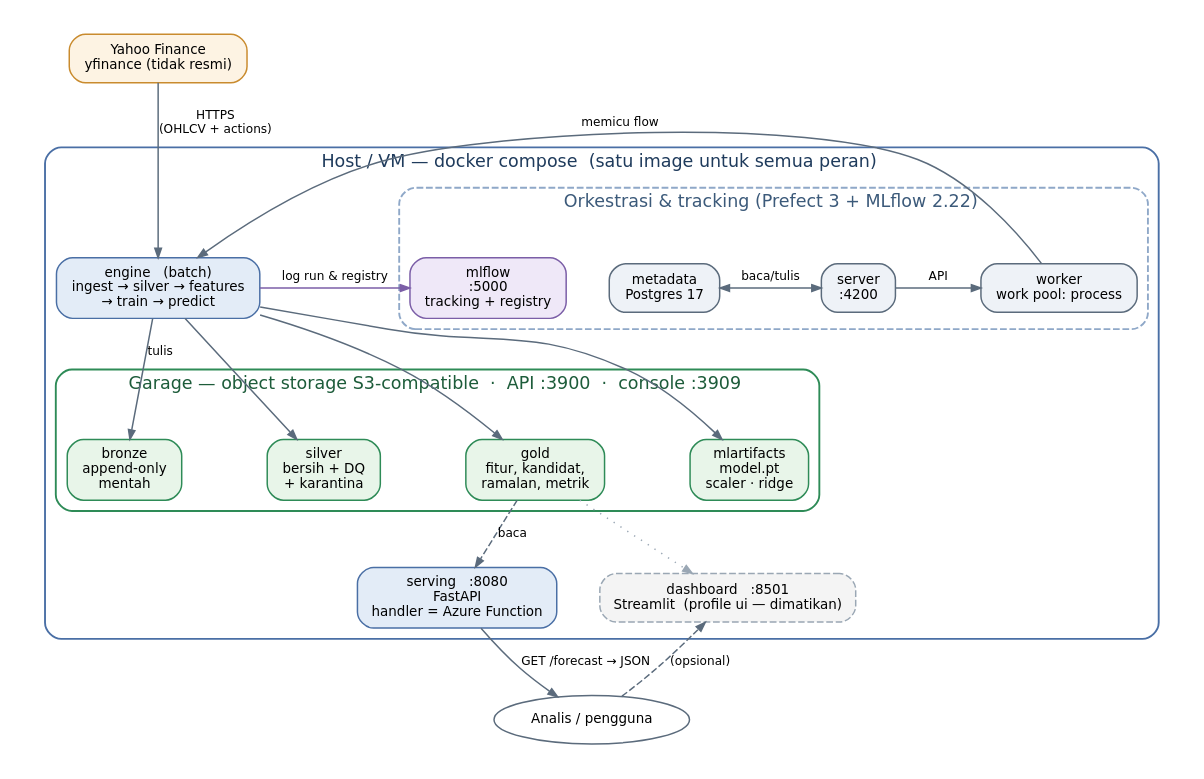
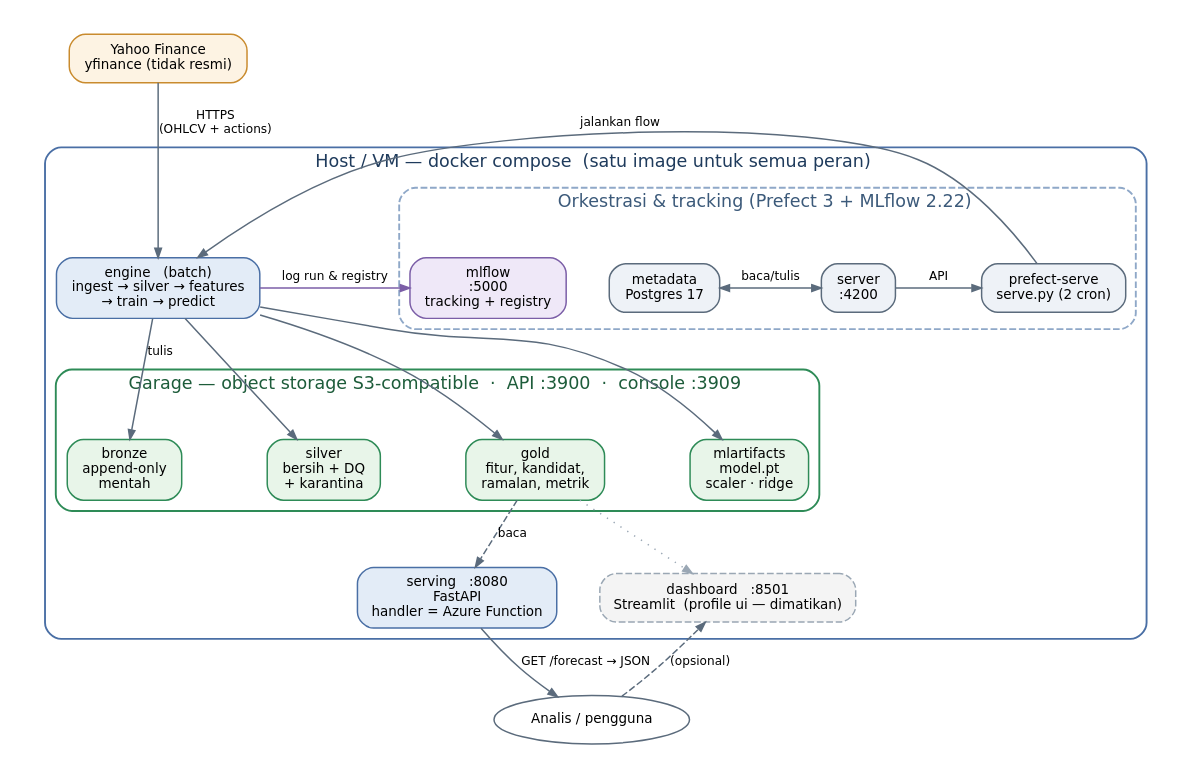
One commit to ilydien/CloudTech changed the diagram in docs/architecture.dot. Above: the diagram before and after it, drawn with Graphviz. The commit also changed 6 other files, not shown here.

```diff
--- a/docs/architecture.dot
+++ b/docs/architecture.dot
@@ -1,104 +1,104 @@
 /*
  * Arsitektur deployment IHSG Forecasting Engine (on-prem / Docker Compose).
  * Target Azure sengaja TIDAK digambar di sini - lihat tabel migrasi di README
  * agar diagram tetap terbaca.
  *
  * Render:
  *   dot -Tpng -Gdpi=110 docs/architecture.dot -o docs/architecture.png
  *   dot -Tsvg docs/architecture.dot -o docs/architecture.svg
  */
 digraph architecture {
   graph [
     rankdir=TB,
     fontname="DejaVu Sans",
     fontsize=13,
     nodesep=0.45,
     ranksep=0.55,
     compound=true,
     bgcolor="white",
     pad="0.25",
   ];
   node [
     shape=box,
     style="rounded,filled",
     fontname="DejaVu Sans",
     fontsize=10,
     fillcolor="#eef2f7",
     color="#5b6b7c",
     penwidth=1.1,
     margin="0.16,0.09"
   ];
   edge [
     fontname="DejaVu Sans",
     fontsize=9,
     color="#5b6b7c",
     arrowsize=0.7,
     penwidth=1.1
   ];
 
   /* ---------------- eksternal ---------------- */
   yahoo [label="Yahoo Finance\nyfinance (tidak resmi)", fillcolor="#fdf3e3", color="#c98b2e"];
 
   /* ---------------- host ---------------- */
   subgraph cluster_host {
     label="  Host / VM — docker compose  (satu image untuk semua peran)  ";
     style="rounded";
     color="#4a6fa5";
     fontcolor="#1f3b5c";
     penwidth=1.4;
 
     engine [label="engine   (batch)\ningest → silver → features\n→ train → predict", fillcolor="#e3ecf7", color="#4a6fa5"];
 
     subgraph cluster_store {
       label="  Garage — object storage S3-compatible  ·  API :3900  ·  console :3909  ";
       style="rounded";
       color="#2e8b57";
       fontcolor="#1d5c3a";
 
       b_bronze [label="bronze\nappend-only\nmentah", fillcolor="#e8f5e9", color="#2e8b57"];
       b_silver [label="silver\nbersih + DQ\n+ karantina", fillcolor="#e8f5e9", color="#2e8b57"];
       b_gold   [label="gold\nfitur, kandidat,\nramalan, metrik", fillcolor="#e8f5e9", color="#2e8b57"];
       b_art    [label="mlartifacts\nmodel.pt\nscaler · ridge", fillcolor="#e8f5e9", color="#2e8b57"];
 
       /* satu baris, urut mengikuti alur medallion */
       { rank=same; b_bronze; b_silver; b_gold; b_art; }
       b_bronze -> b_silver [style=invis];
       b_silver -> b_gold   [style=invis];
       b_gold   -> b_art    [style=invis];
     }
 
     serving [label="serving   :8080\nFastAPI\nhandler = Azure Function", fillcolor="#e3ecf7", color="#4a6fa5"];
     dash [label="dashboard   :8501\nStreamlit  (profile ui — dimatikan)", style="rounded,filled,dashed", fillcolor="#f4f4f4", color="#9aa7b4"];
 
     subgraph cluster_orch {
       label="  Orkestrasi & tracking (Prefect 3 + MLflow 2.22)  ";
       style="rounded,dashed";
       color="#8fa8c8";
       fontcolor="#3c5a7a";
 
-      pw   [label="worker\nwork pool: process"];
+      pw   [label="prefect-serve\nserve.py (2 cron)"];
       psrv [label="server\n:4200"];
       pg   [label="metadata\nPostgres 17"];
       mlf  [label="mlflow\n:5000\ntracking + registry", fillcolor="#efe8f8", color="#7b5ea7"];
     }
   }
 
   user [label="Analis / pengguna", shape=oval, fillcolor="#ffffff"];
 
   /* ---------------- aliran ---------------- */
   yahoo -> engine [label="HTTPS\n(OHLCV + actions)"];
-  pw -> engine [label="memicu flow", constraint=false];
+  pw -> engine [label="jalankan flow", constraint=false];
   engine -> mlf [label="log run & registry", constraint=false, color="#7b5ea7"];
   psrv -> pg [dir=both, label="baca/tulis", constraint=false];
   pw -> psrv [dir=back, label="API", constraint=false];
 
   engine -> b_bronze [label="tulis"];
   engine -> b_silver;
   engine -> b_gold;
   engine -> b_art;
 
   b_gold -> serving [label="baca", style=dashed];
   serving -> user [label="GET /forecast → JSON"];
   user -> dash [style=dashed, label="(opsional)"];
   b_gold -> dash [style=dotted, color="#9aa7b4"];
 }
```
